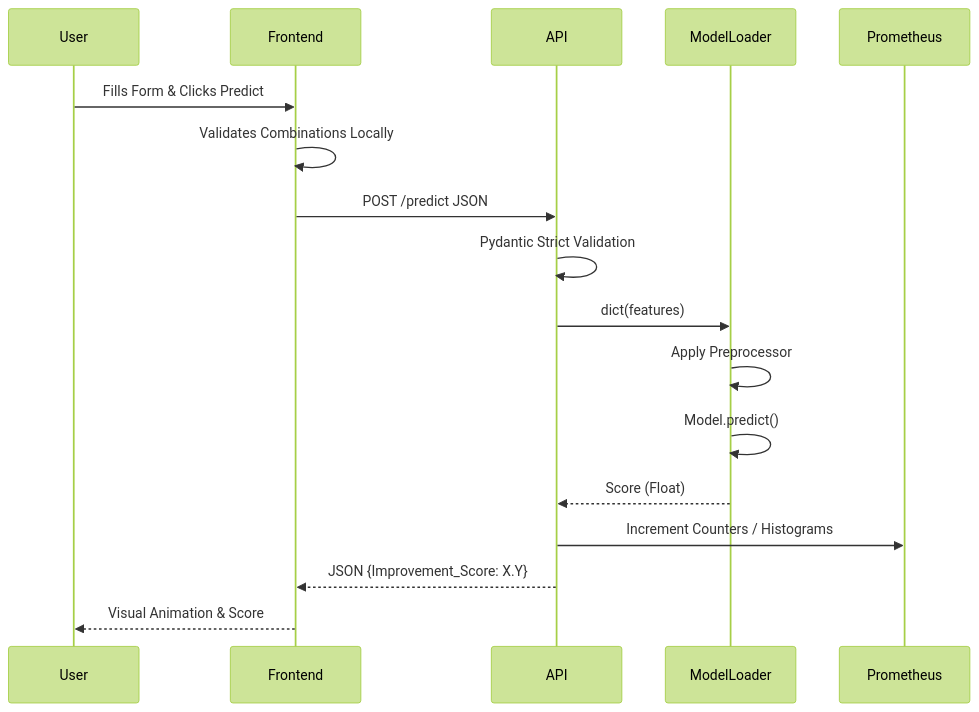
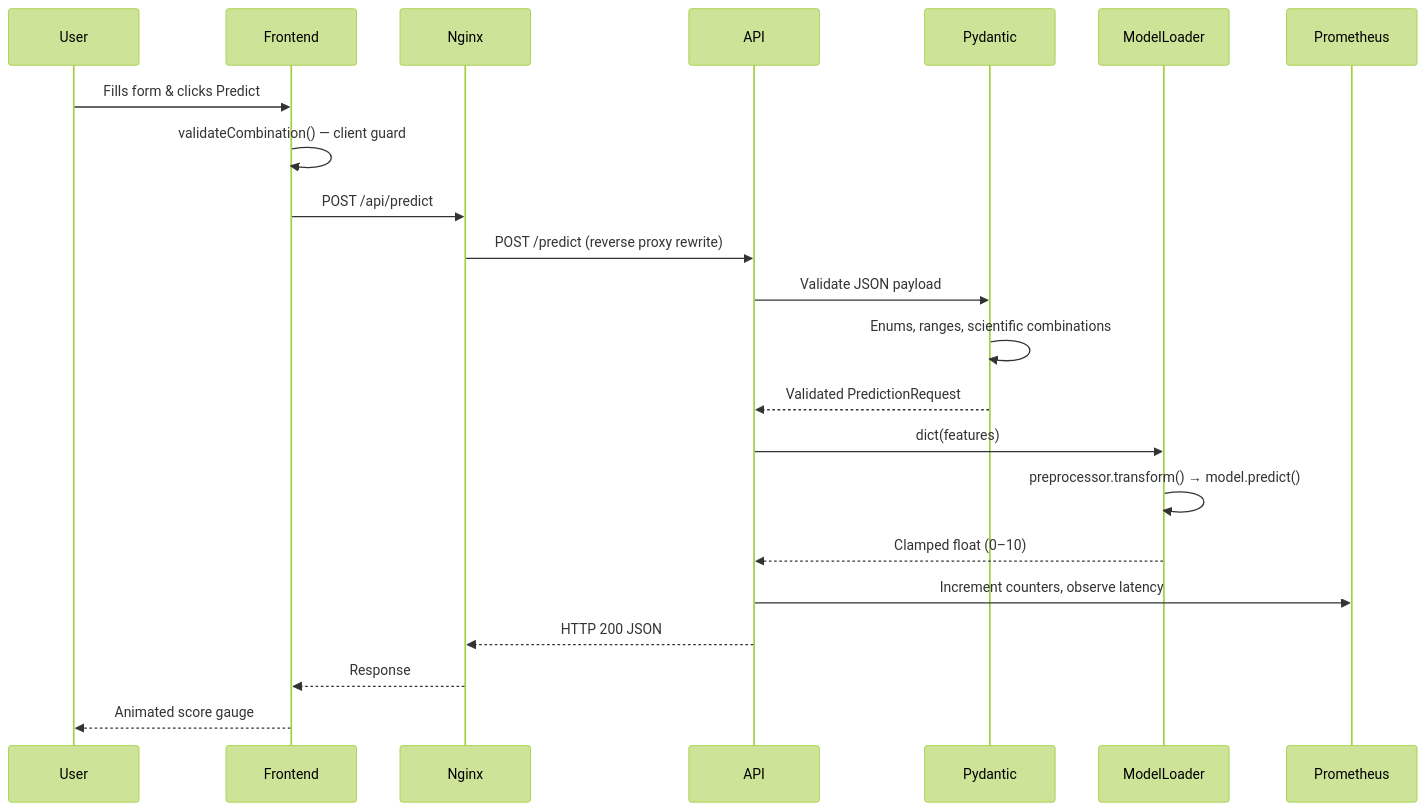
Before and after one commit to iammohith/MLOps-System-For-Clinical-Treatment-Outcome-Prediction: the third of 4 diagrams in README.md, drawn with Mermaid (forest theme). The commit also changed other lines of this file and 25 other files, not shown here.

````diff
--- a/README.md
+++ b/README.md
@@ -148,20 +228,25 @@
 ```mermaid
 sequenceDiagram
     participant User
     participant Frontend
+    participant Nginx
     participant API
+    participant Pydantic
     participant ModelLoader
     participant Prometheus
 
-    User->>Frontend: Fills Form & Clicks Predict
-    Frontend->>Frontend: Validates Combinations Locally
-    Frontend->>API: POST /predict JSON
-    API->>API: Pydantic Strict Validation
+    User->>Frontend: Fills form & clicks Predict
+    Frontend->>Frontend: validateCombination() — client guard
+    Frontend->>Nginx: POST /api/predict
+    Nginx->>API: POST /predict (reverse proxy rewrite)
+    API->>Pydantic: Validate JSON payload
+    Pydantic->>Pydantic: Enums, ranges, scientific combinations
+    Pydantic-->>API: Validated PredictionRequest
     API->>ModelLoader: dict(features)
-    ModelLoader->>ModelLoader: Apply Preprocessor
-    ModelLoader->>ModelLoader: Model.predict()
-    ModelLoader-->>API: Score (Float)
-    API->>Prometheus: Increment Counters / Histograms
-    API-->>Frontend: JSON {Improvement_Score: X.Y}
-    Frontend-->>User: Visual Animation & Score
+    ModelLoader->>ModelLoader: preprocessor.transform() → model.predict()
+    ModelLoader-->>API: Clamped float (0–10)
+    API->>Prometheus: Increment counters, observe latency
+    API-->>Nginx: HTTP 200 JSON
+    Nginx-->>Frontend: Response
+    Frontend-->>User: Animated score gauge
 ```
````
